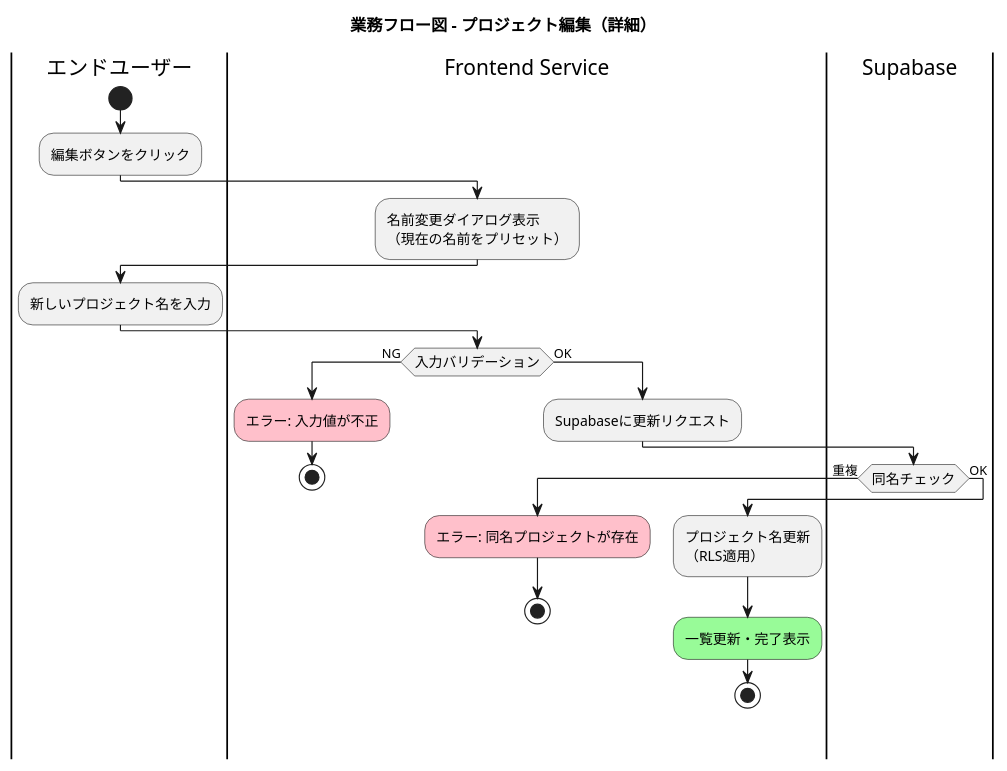
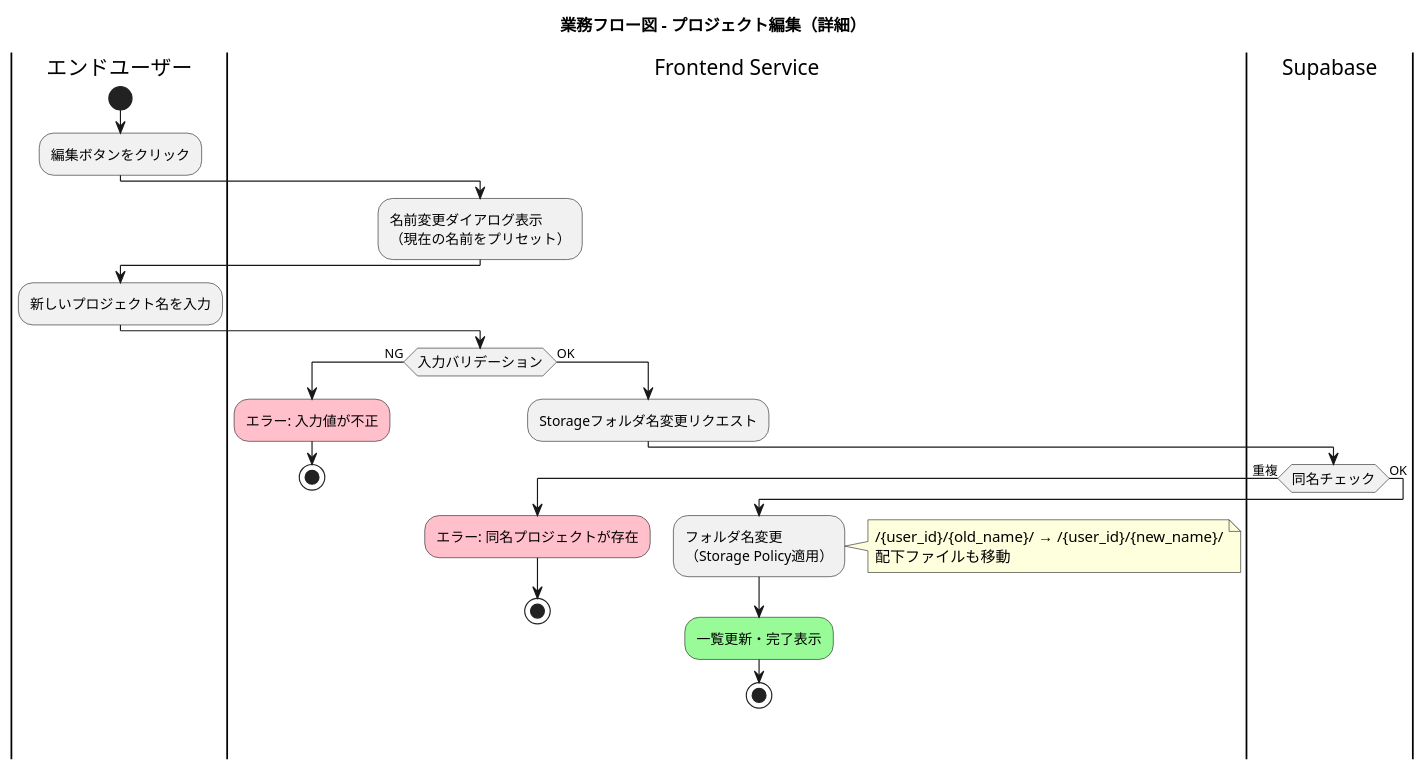
One commit to yoshiwo3/PlantUML2_Opus4.5 changed the eighth of 19 diagrams in docs/proposals/PlantUML_Studio_業務フロー図_20251201.md. Above: the diagram before and after it, drawn with PlantUML. The commit also changed other lines of this file and 14 other files, not shown here.

````diff
--- a/docs/proposals/PlantUML_Studio_業務フロー図_20251201.md
+++ b/docs/proposals/PlantUML_Studio_業務フロー図_20251201.md
@@ -873,38 +885,42 @@
 ```plantuml
 @startuml business_flow_project_edit_detail
 skinparam ActivityFontSize 12
 skinparam ConditionEndStyle hline
 
 title 業務フロー図 - プロジェクト編集（詳細）
 
 |エンドユーザー|
 start
 :編集ボタンをクリック;
 
 |Frontend Service|
 :名前変更ダイアログ表示\n（現在の名前をプリセット）;
 
 |エンドユーザー|
 :新しいプロジェクト名を入力;
 
 |Frontend Service|
 if (入力バリデーション) then (NG)
   #pink:エラー: 入力値が不正;
   stop
 else (OK)
-  :Supabaseに更新リクエスト;
+  :Storageフォルダ名変更リクエスト;
   |Supabase|
   if (同名チェック) then (重複)
     |Frontend Service|
     #pink:エラー: 同名プロジェクトが存在;
     stop
   else (OK)
-    :プロジェクト名更新\n（RLS適用）;
+    :フォルダ名変更\n（Storage Policy適用）;
+    note right
+      /{user_id}/{old_name}/ → /{user_id}/{new_name}/
+      配下ファイルも移動
+    end note
     |Frontend Service|
     #palegreen:一覧更新・完了表示;
     stop
   endif
 endif
 
 @enduml
 ```
````
